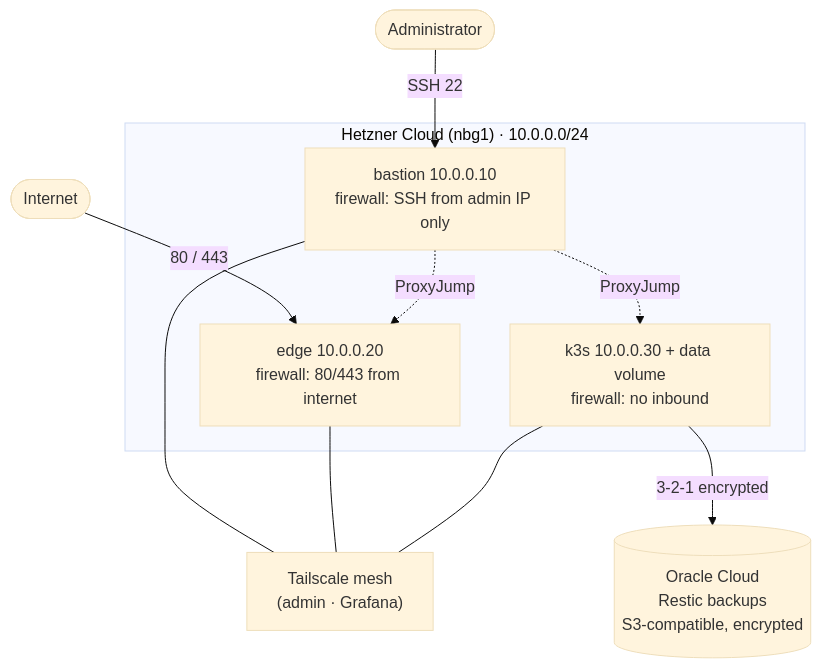
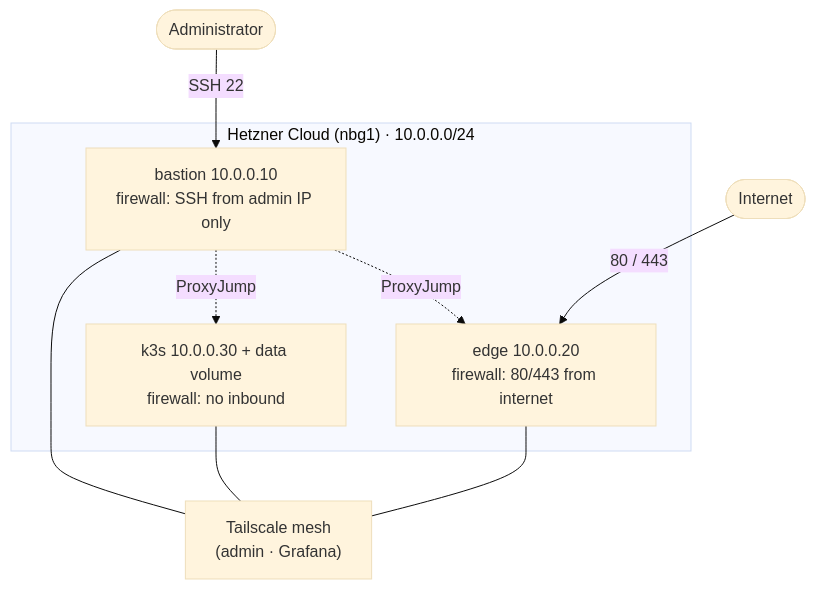
Before and after one commit to nowi333/monerometrics: the second of 4 diagrams in README.md, drawn with Mermaid (base theme). The commit also changed other lines of this file and 27 other files, not shown here.

````diff
--- a/README.md
+++ b/README.md
@@ -127,18 +128,16 @@
 ```mermaid
 flowchart TB
     Admin(["Administrator"]) -->|"SSH 22"| Bastion
     Internet(["Internet"]) -->|"80 / 443"| Edge
     subgraph HZ["Hetzner Cloud (nbg1) · 10.0.0.0/24"]
         Bastion["bastion 10.0.0.10<br/>firewall: SSH from admin IP only"]
         Edge["edge 10.0.0.20<br/>firewall: 80/443 from internet"]
         K3s["k3s 10.0.0.30 + data volume<br/>firewall: no inbound"]
         Bastion -. ProxyJump .-> Edge
         Bastion -. ProxyJump .-> K3s
     end
     Mesh["Tailscale mesh<br/>(admin · Grafana)"]
     Bastion --- Mesh
     Edge --- Mesh
     K3s --- Mesh
-    OCI[("Oracle Cloud<br/>Restic backups<br/>S3-compatible, encrypted")]
-    K3s -->|"3-2-1 encrypted"| OCI
 ```
````
